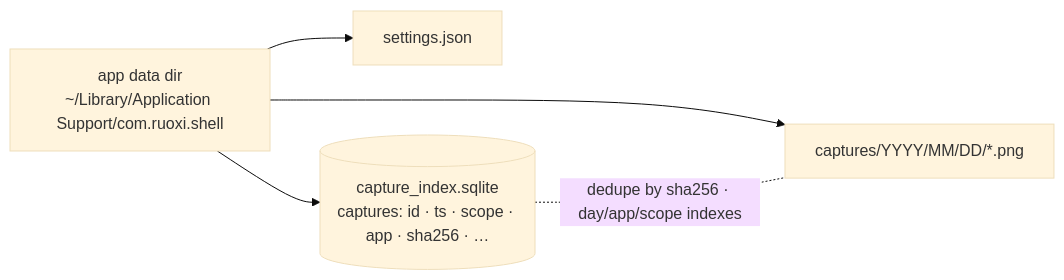
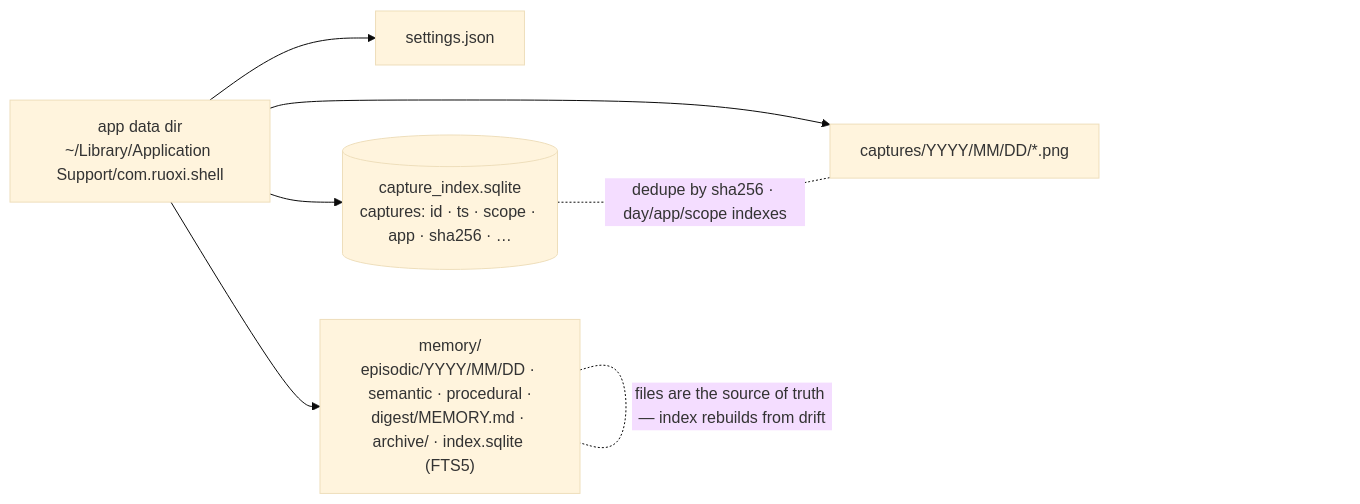
Before and after one commit to Maxxoto/nova-ai: the sixth of 7 diagrams in docs/SYSTEM_FLOW.md, drawn with Mermaid (base theme). The commit also changed other lines of this file and 2 other files, not shown here.

First line of the commit message:
docs: memory as-built in RFC-0006, the flow in SYSTEM_FLOW, references pinned

````diff
--- a/docs/SYSTEM_FLOW.md
+++ b/docs/SYSTEM_FLOW.md
@@ -171,7 +174,9 @@
 ```mermaid
 flowchart LR
   APP["app data dir<br/>~/Library/Application Support/com.ruoxi.shell"] --> S["settings.json"]
   APP --> DB[("capture_index.sqlite<br/>captures: id · ts · scope · app · sha256 · …")]
   APP --> FILES["captures/YYYY/MM/DD/*.png"]
+  APP --> MEM["memory/<br/>episodic/YYYY/MM/DD · semantic · procedural ·<br/>digest/MEMORY.md · archive/ · index.sqlite (FTS5)"]
   DB -. "dedupe by sha256 · day/app/scope indexes" .- FILES
+  MEM -. "files are the source of truth — index rebuilds from drift" .- MEM
 ```
````
